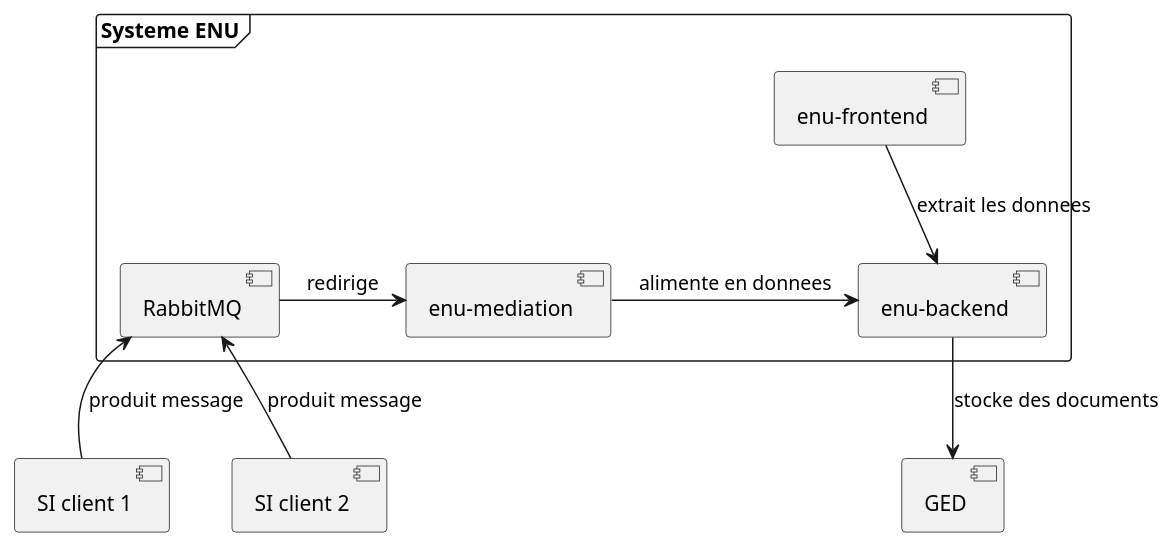
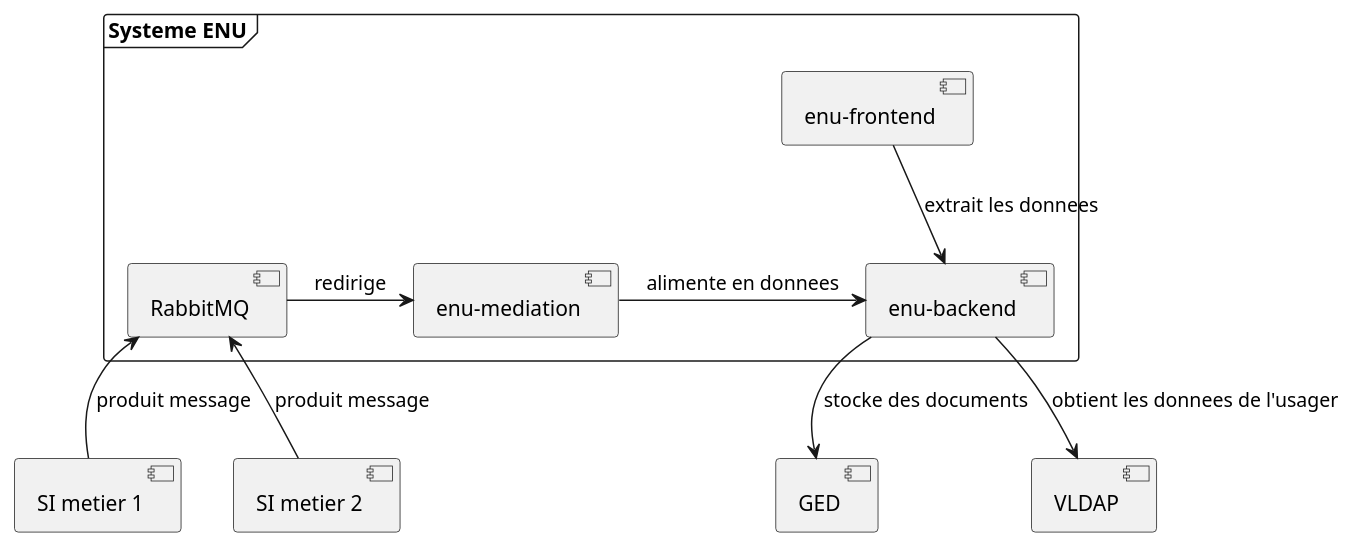
The diagram in plantuml/systeme.puml (republique-et-canton-de-geneve/enu), drawn with PlantUML before and after one commit. The commit also changed 3 other files, not shown here.

```diff
--- a/plantuml/systeme.puml
+++ b/plantuml/systeme.puml
@@ -1,10 +1,11 @@
 @startuml
 frame "Systeme ENU" {
   [RabbitMQ] -right-> [enu-mediation] : redirige
   [enu-mediation] -right-> [enu-backend] : alimente en donnees
   [enu-frontend] -down-> [enu-backend] : extrait les donnees
 }
 [enu-backend] --> [GED] : stocke des documents
-[SI client 1] -up-> [RabbitMQ] : produit message
-[SI client 2] -up-> [RabbitMQ] : produit message
+[enu-backend] --> [VLDAP] : obtient les donnees de l'usager
+[SI metier 1] -up-> [RabbitMQ] : produit message
+[SI metier 2] -up-> [RabbitMQ] : produit message
 @enduml
```
